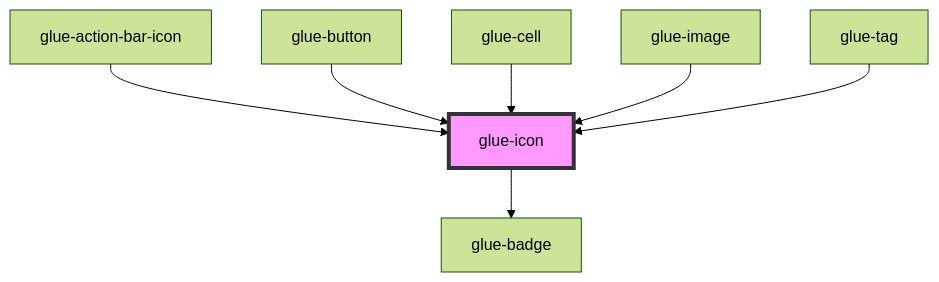
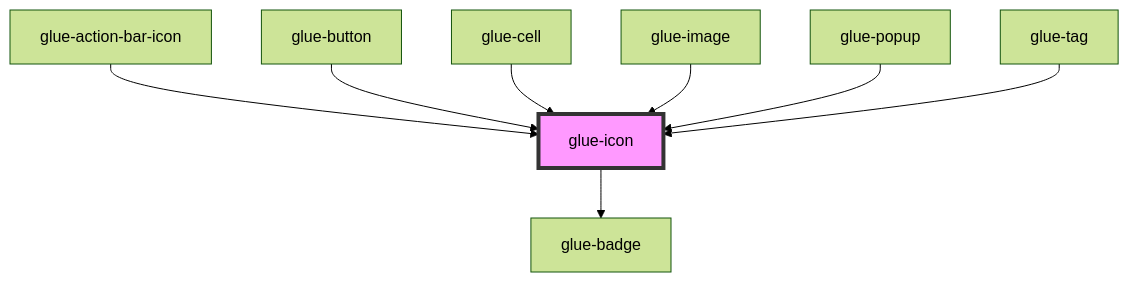
The diagram in packages/glue-components/src/components/glue-icon/readme.md (grasilife/glue), drawn with Mermaid (forest theme) before and after one commit. The commit also changed other lines of this file and 10 other files, not shown here.

````diff
--- a/packages/glue-components/src/components/glue-icon/readme.md
+++ b/packages/glue-components/src/components/glue-icon/readme.md
@@ -36,10 +37,11 @@
 ```mermaid
 graph TD;
   glue-icon --> glue-badge
   glue-action-bar-icon --> glue-icon
   glue-button --> glue-icon
   glue-cell --> glue-icon
   glue-image --> glue-icon
+  glue-popup --> glue-icon
   glue-tag --> glue-icon
   style glue-icon fill:#f9f,stroke:#333,stroke-width:4px
 ```
````
